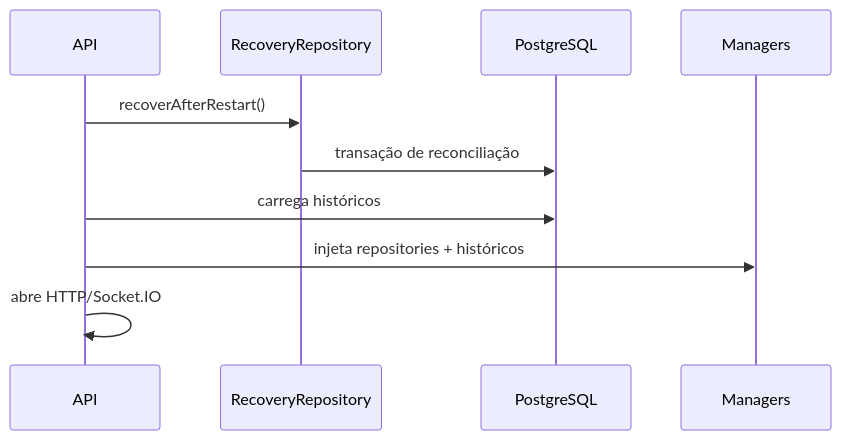
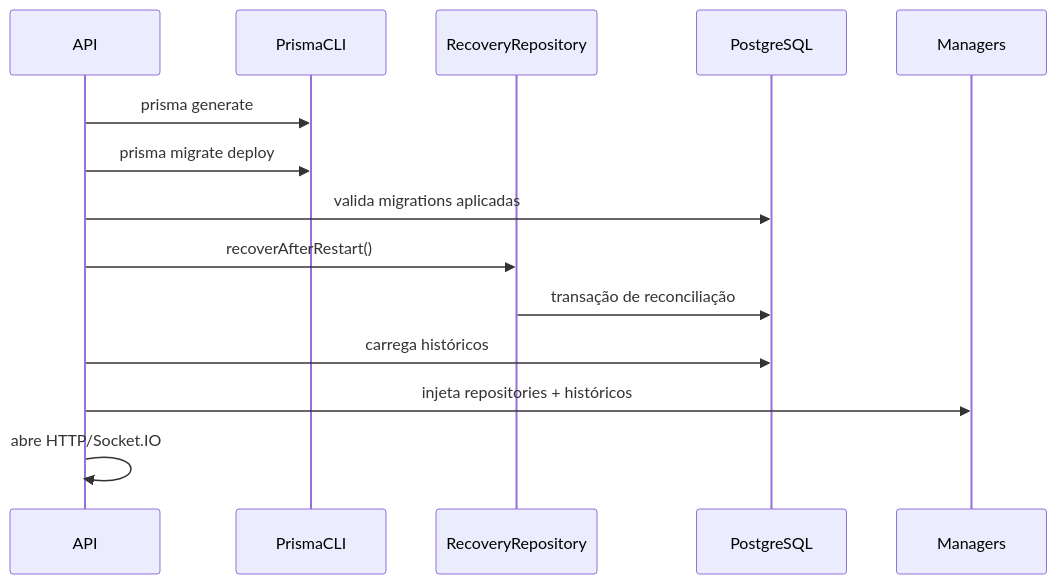
One commit to assdatamaster-dot/professor-connect changed the third of 3 diagrams in docs/architecture/persistence.md. Above: the diagram before and after it, drawn with Mermaid. The commit also changed other lines of this file and 17 other files, not shown here.

First line of the commit message:
Beta-10A – Correção da infraestrutura PostgreSQL e inicialização do Prisma

````diff
--- a/docs/architecture/persistence.md
+++ b/docs/architecture/persistence.md
@@ -45,12 +45,16 @@
 ```mermaid
 sequenceDiagram
   participant API
+  participant PrismaCLI
   participant RecoveryRepository
   participant PostgreSQL
   participant Managers
+  API->>PrismaCLI: prisma generate
+  API->>PrismaCLI: prisma migrate deploy
+  API->>PostgreSQL: valida migrations aplicadas
   API->>RecoveryRepository: recoverAfterRestart()
   RecoveryRepository->>PostgreSQL: transação de reconciliação
   API->>PostgreSQL: carrega históricos
   API->>Managers: injeta repositories + históricos
   API->>API: abre HTTP/Socket.IO
 ```
````
